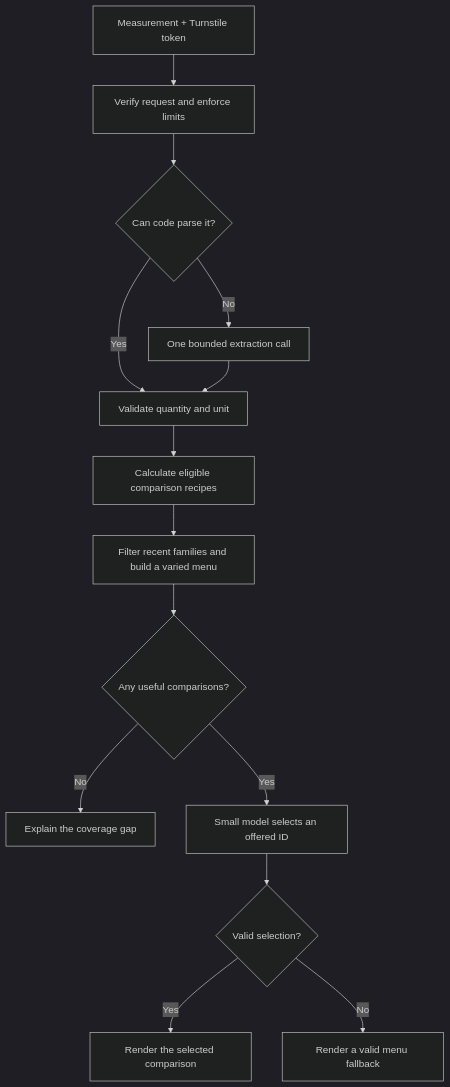
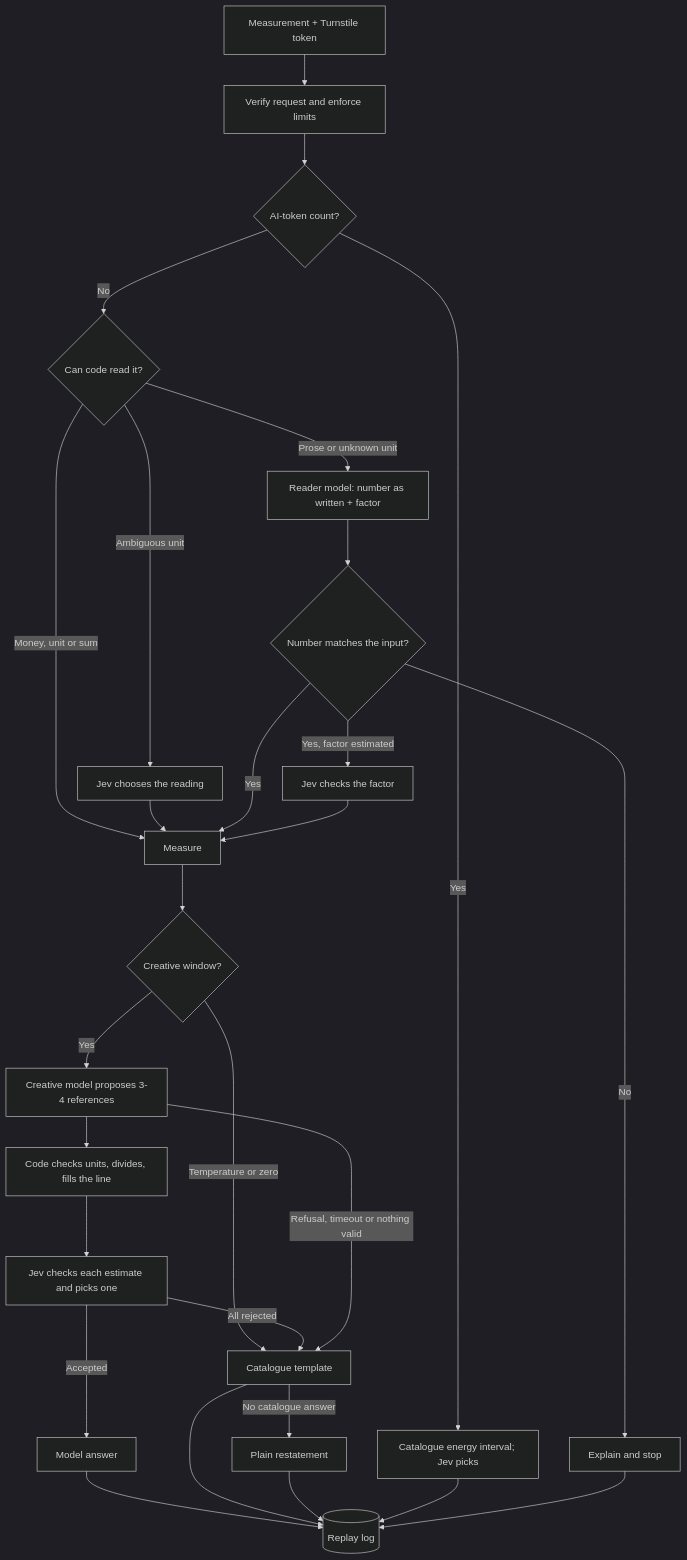
The diagram in docs/architecture.md (jasonm4130/anything-but-metric), drawn with Mermaid (dark theme) before and after one commit. The commit also changed other lines of this file and 25 other files, not shown here.

First line of the commit message:
feat: wire the Jev and creative-model flow into the conversion Worker (#8)

````diff
--- a/docs/architecture.md
+++ b/docs/architecture.md
@@ -5,16 +5,26 @@
 ```mermaid
 flowchart TD
   A[Measurement + Turnstile token] --> B[Verify request and enforce limits]
-  B --> C{Can code parse it?}
-  C -->|Yes| E[Validate quantity and unit]
-  C -->|No| D[One bounded extraction call]
-  D --> E
-  E --> F[Calculate eligible comparison recipes]
-  F --> G[Filter recent families and build a varied menu]
-  G --> H{Any useful comparisons?}
-  H -->|No| I[Explain the coverage gap]
-  H -->|Yes| J[Small model selects an offered ID]
-  J --> K{Valid selection?}
-  K -->|Yes| L[Render the selected comparison]
-  K -->|No| M[Render a valid menu fallback]
+  B --> T{AI-token count?}
+  T -->|Yes| TC[Catalogue energy interval; Jev picks]
+  T -->|No| C{Can code read it?}
+  C -->|Money, unit or sum| E[Measure]
+  C -->|Ambiguous unit| J1[Jev chooses the reading]
+  C -->|Prose or unknown unit| D[Reader model: number as written + factor]
+  J1 --> E
+  D --> N{Number matches the input?}
+  N -->|No| X[Explain and stop]
+  N -->|Yes, factor estimated| J2[Jev checks the factor]
+  N -->|Yes| E
+  J2 --> E
+  E --> W{Creative window?}
+  W -->|Temperature or zero| F[Catalogue template]
+  W -->|Yes| G[Creative model proposes 3-4 references]
+  G --> H[Code checks units, divides, fills the line]
+  H --> J3[Jev checks each estimate and picks one]
+  J3 -->|Accepted| R[Model answer]
+  J3 -->|All rejected| F
+  G -->|Refusal, timeout or nothing valid| F
+  F -->|No catalogue answer| P[Plain restatement]
+  R & F & P & TC & X --> L[(Replay log)]
 ```
````
